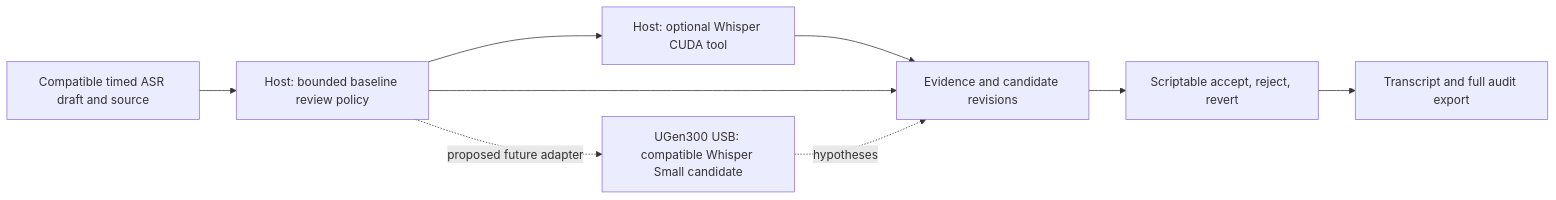
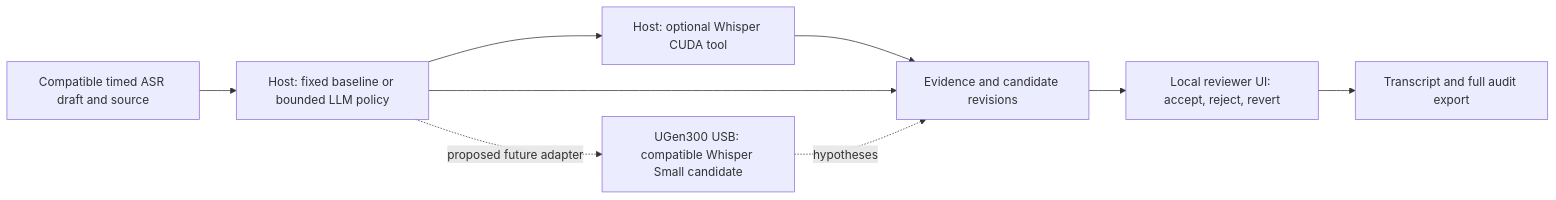
One commit to momonong/transcript-review-agent changed the diagram in docs/concept.md. Above: the diagram before and after it, drawn with Mermaid. The commit also changed other lines of this file and 25 other files, not shown here.

Commit message:
feat: deliver Chinese review workbench with real local agent demo

````diff
--- a/docs/concept.md
+++ b/docs/concept.md
@@ -19,11 +19,11 @@
 ```mermaid
 flowchart LR
-    A[Compatible timed ASR draft and source] --> B[Host: bounded baseline review policy]
+    A[Compatible timed ASR draft and source] --> B[Host: fixed baseline or bounded LLM policy]
     B --> C[Host: optional Whisper CUDA tool]
     C --> D[Evidence and candidate revisions]
     B --> D
-    D --> E[Scriptable accept, reject, revert]
+    D --> E[Local reviewer UI: accept, reject, revert]
     E --> F[Transcript and full audit export]
     B -. proposed future adapter .-> U[UGen300 USB: compatible Whisper Small candidate]
     U -. hypotheses .-> D
 ```
````
